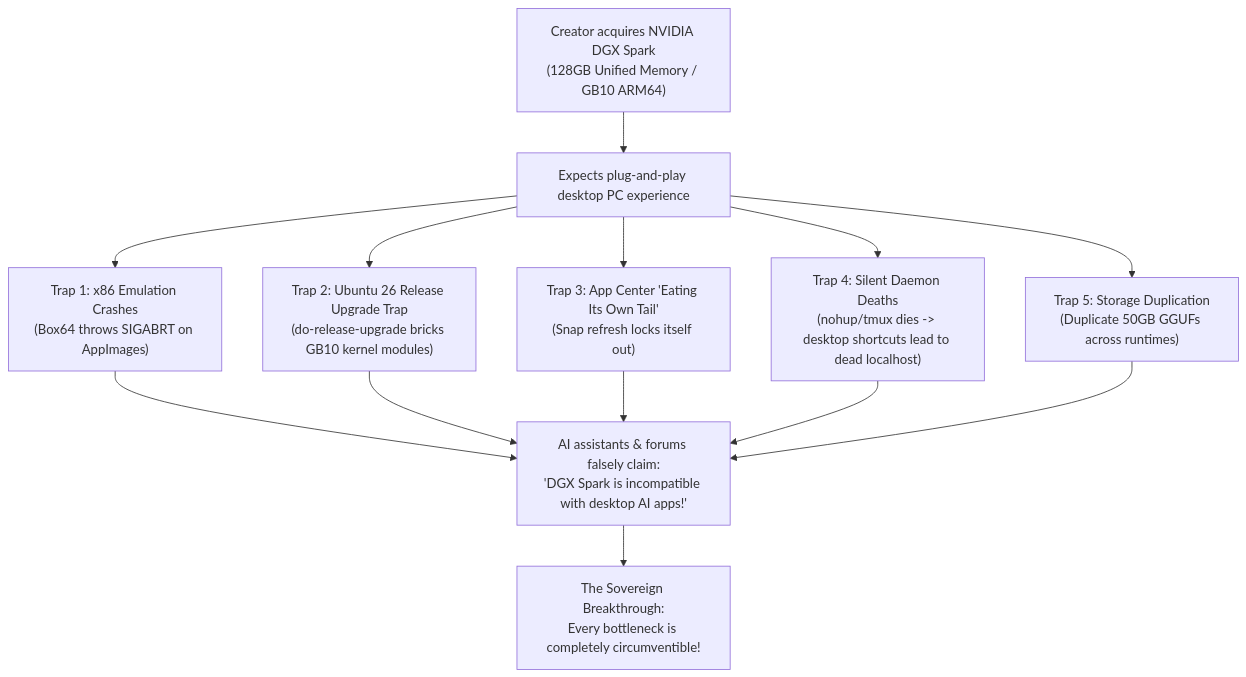
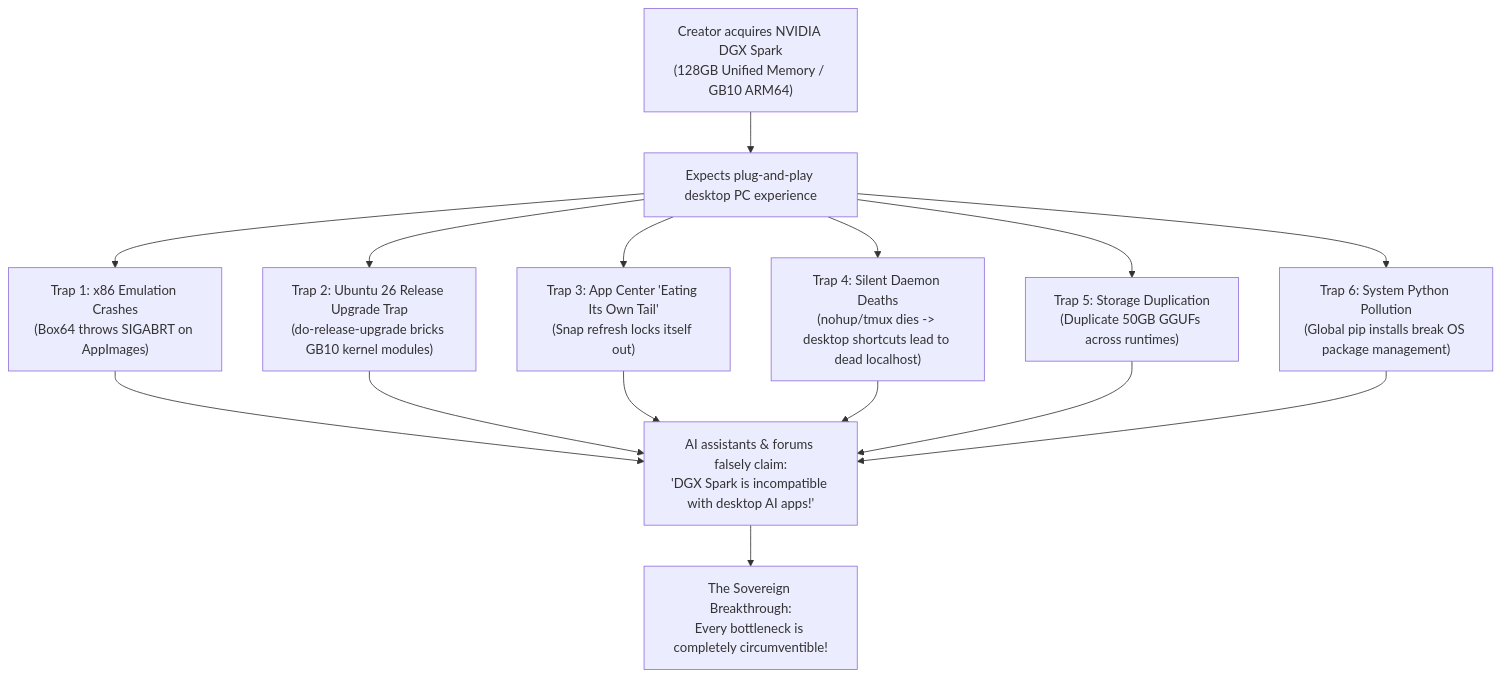
The first of 2 diagrams in README.md (AjarnSpencer/dgx-spark-agentic-blueprint), drawn with Mermaid before and after one commit. The commit also changed other lines of this file and 1 other file, not shown here.

Commit message:
feat: add sovereign video diffusion, voice cloning, ocr suite, and workspace venv architecture

````diff
--- a/README.md
+++ b/README.md
@@ -13,16 +13,18 @@
 ```mermaid
 flowchart TD
     A["Creator acquires NVIDIA DGX Spark<br/>(128GB Unified Memory / GB10 ARM64)"] --> B["Expects plug-and-play desktop PC experience"]
     B --> C1["Trap 1: x86 Emulation Crashes<br/>(Box64 throws SIGABRT on AppImages)"]
     B --> C2["Trap 2: Ubuntu 26 Release Upgrade Trap<br/>(do-release-upgrade bricks GB10 kernel modules)"]
     B --> C3["Trap 3: App Center 'Eating Its Own Tail'<br/>(Snap refresh locks itself out)"]
     B --> C4["Trap 4: Silent Daemon Deaths<br/>(nohup/tmux dies -> desktop shortcuts lead to dead localhost)"]
     B --> C5["Trap 5: Storage Duplication<br/>(Duplicate 50GB GGUFs across runtimes)"]
+    B --> C6["Trap 6: System Python Pollution<br/>(Global pip installs break OS package management)"]
     
     C1 --> F["AI assistants & forums falsely claim:<br/>'DGX Spark is incompatible with desktop AI apps!'"]
     C2 --> F
     C3 --> F
     C4 --> F
     C5 --> F
+    C6 --> F
     F --> S["The Sovereign Breakthrough:<br/>Every bottleneck is completely circumventible!"]
 ```
````
